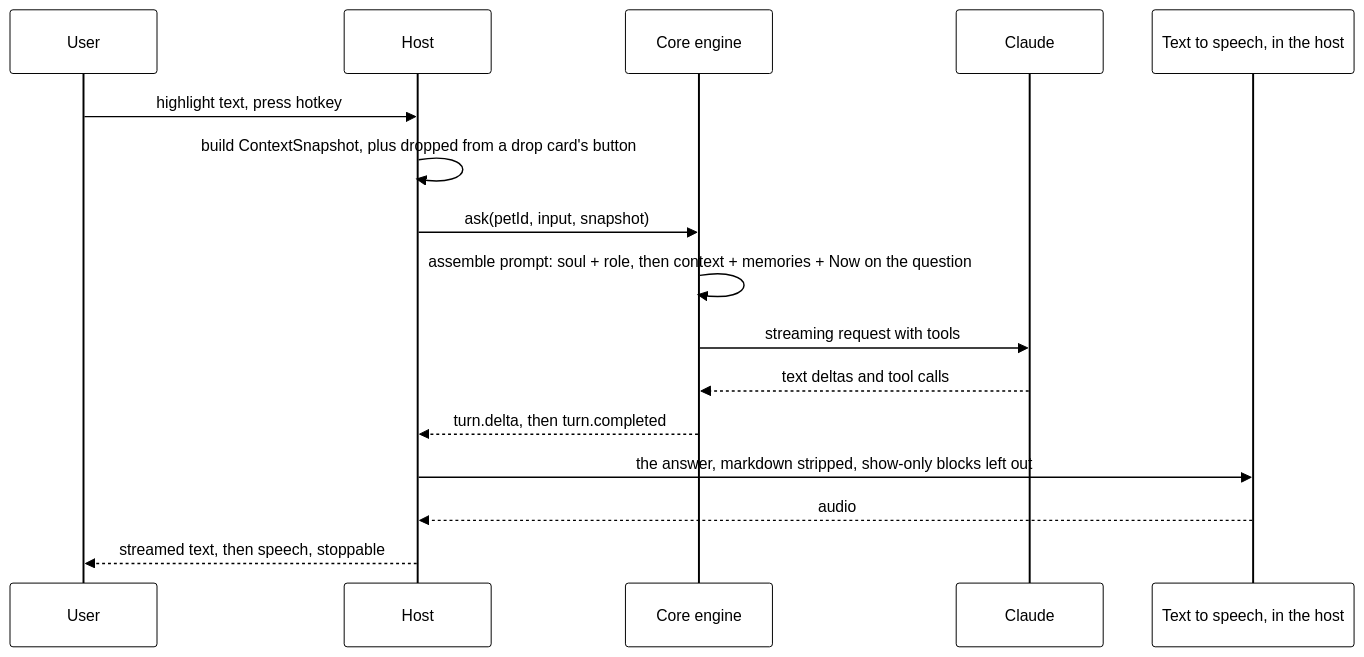
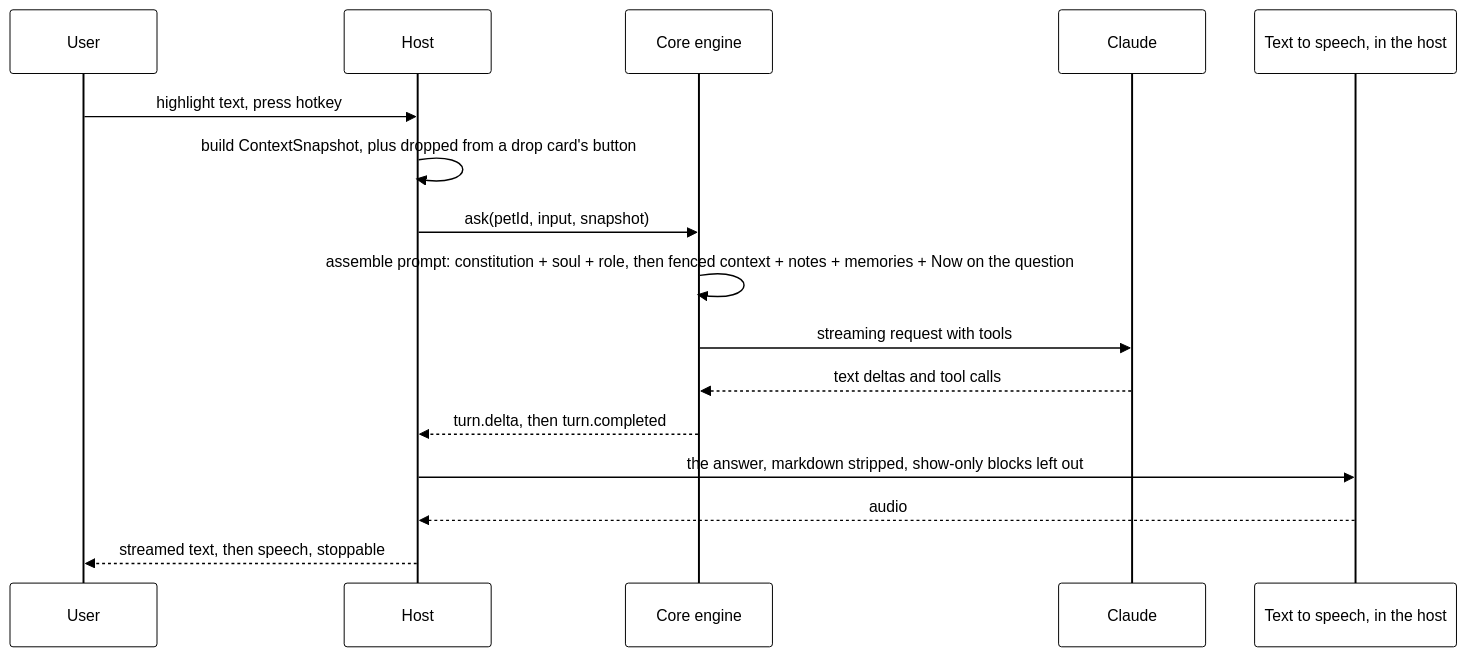
One commit to nadeem4/tagalong changed the third of 19 diagrams in docs/architecture.md. Above: the diagram before and after it, drawn with Mermaid. The commit also changed other lines of this file and 5 other files, not shown here.

Commit message:
docs: the constitution, its Never-to-code map, and screen text fenced as data

````diff
--- a/docs/architecture.md
+++ b/docs/architecture.md
@@ -234,19 +234,19 @@
 ```mermaid
 %%{init: {"theme": "base", "themeVariables": {"primaryColor": "#ffffff", "primaryTextColor": "#000000", "primaryBorderColor": "#000000", "lineColor": "#000000", "actorBkg": "#ffffff", "actorBorder": "#000000", "signalColor": "#000000", "signalTextColor": "#000000", "noteBkgColor": "#ffffff", "noteBorderColor": "#000000"}}}%%
 sequenceDiagram
   participant U as User
   participant H as Host
   participant C as Core engine
   participant A as Claude
   participant T as Text to speech, in the host
   U->>H: highlight text, press hotkey
   H->>H: build ContextSnapshot, plus dropped from a drop card's button
   H->>C: ask(petId, input, snapshot)
-  C->>C: assemble prompt: soul + role, then context + memories + Now on the question
+  C->>C: assemble prompt: constitution + soul + role, then fenced context + notes + memories + Now on the question
   C->>A: streaming request with tools
   A-->>C: text deltas and tool calls
   C-->>H: turn.delta, then turn.completed
   H->>T: the answer, markdown stripped, show-only blocks left out
   T-->>H: audio
   H-->>U: streamed text, then speech, stoppable
 ```
````
